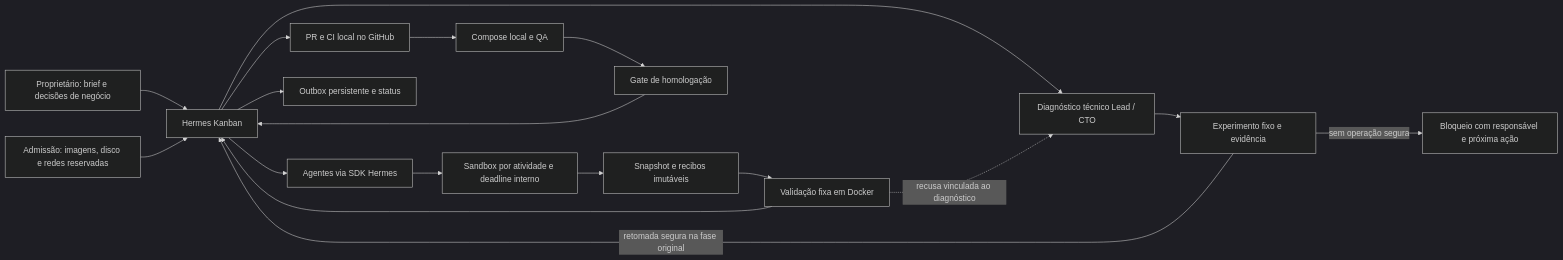
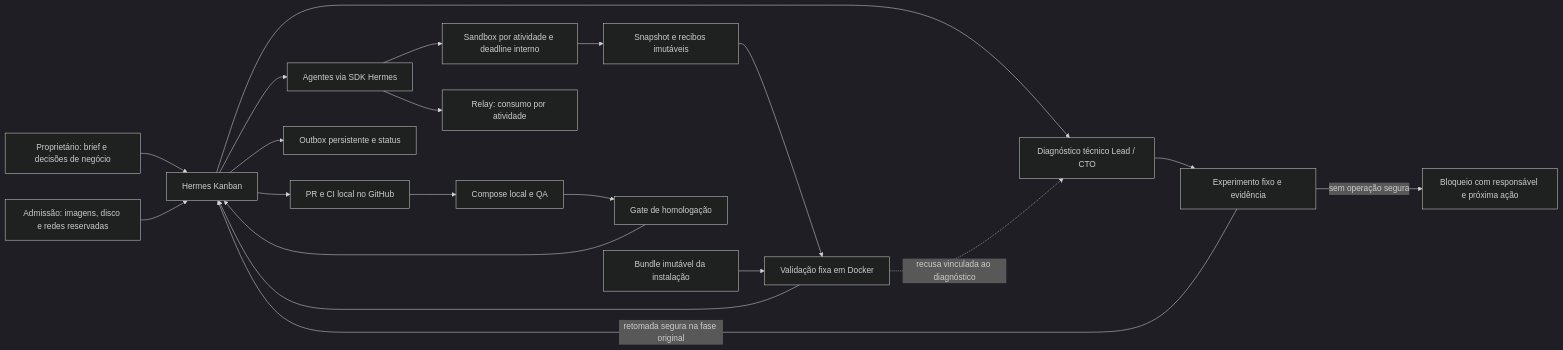
Before and after one commit to codifydeep/fabriquinha: the first of 2 diagrams in README.md, drawn with Mermaid (dark theme). The commit also changed other lines of this file and 18 other files, not shown here.

````diff
--- a/README.md
+++ b/README.md
@@ -28,20 +28,22 @@
 ```mermaid
 flowchart LR
     CEO[Proprietário: brief e decisões de negócio] --> K[Hermes Kanban]
     A[Admissão: imagens, disco e redes reservadas] --> K
     K --> W[Agentes via SDK Hermes]
     W --> S[Sandbox por atividade e deadline interno]
     S --> E[Snapshot e recibos imutáveis]
     E --> V[Validação fixa em Docker]
+    VB[Bundle imutável da instalação] --> V
     V --> K
     K --> G[PR e CI local no GitHub]
     G --> D[Compose local e QA]
     D --> H[Gate de homologação]
     H --> K
     K --> O[Outbox persistente e status]
+    W --> U[Relay: consumo por atividade]
     K --> R[Diagnóstico técnico Lead / CTO]
     V -.->|recusa vinculada ao diagnóstico| R
     R --> X[Experimento fixo e evidência]
     X -->|retomada segura na fase original| K
     X -->|sem operação segura| B[Bloqueio com responsável e próxima ação]
 ```
````
